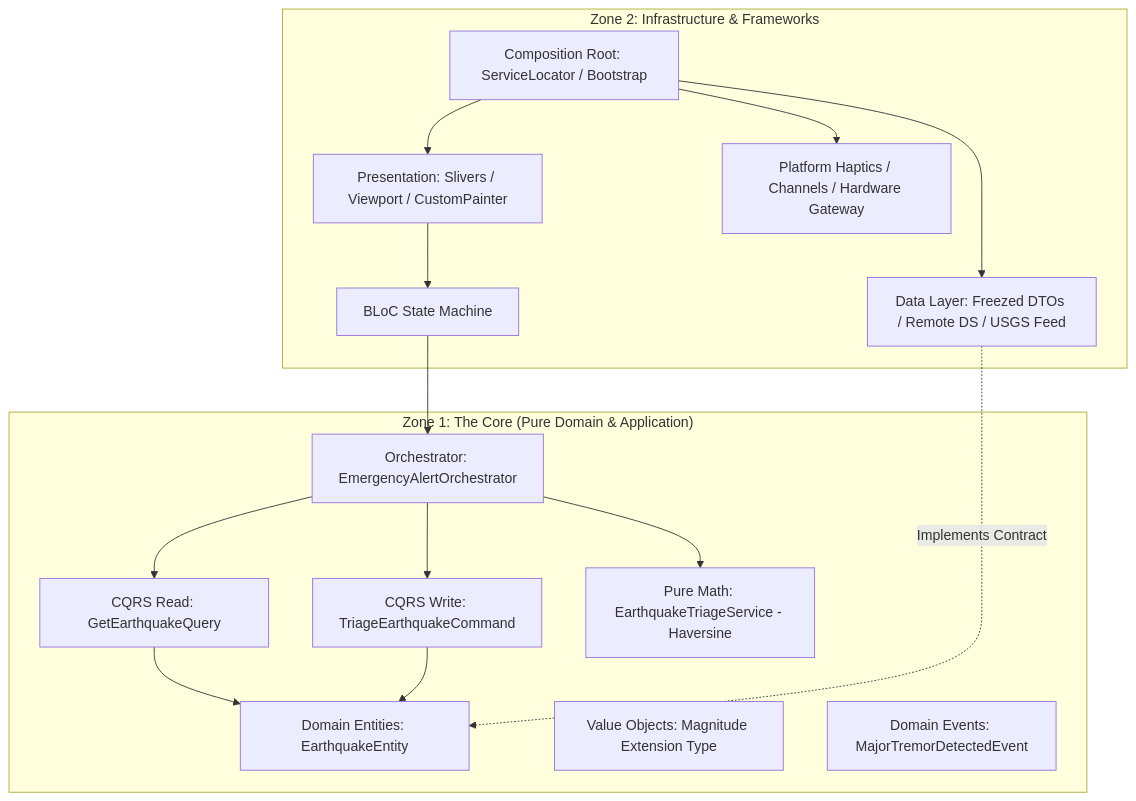
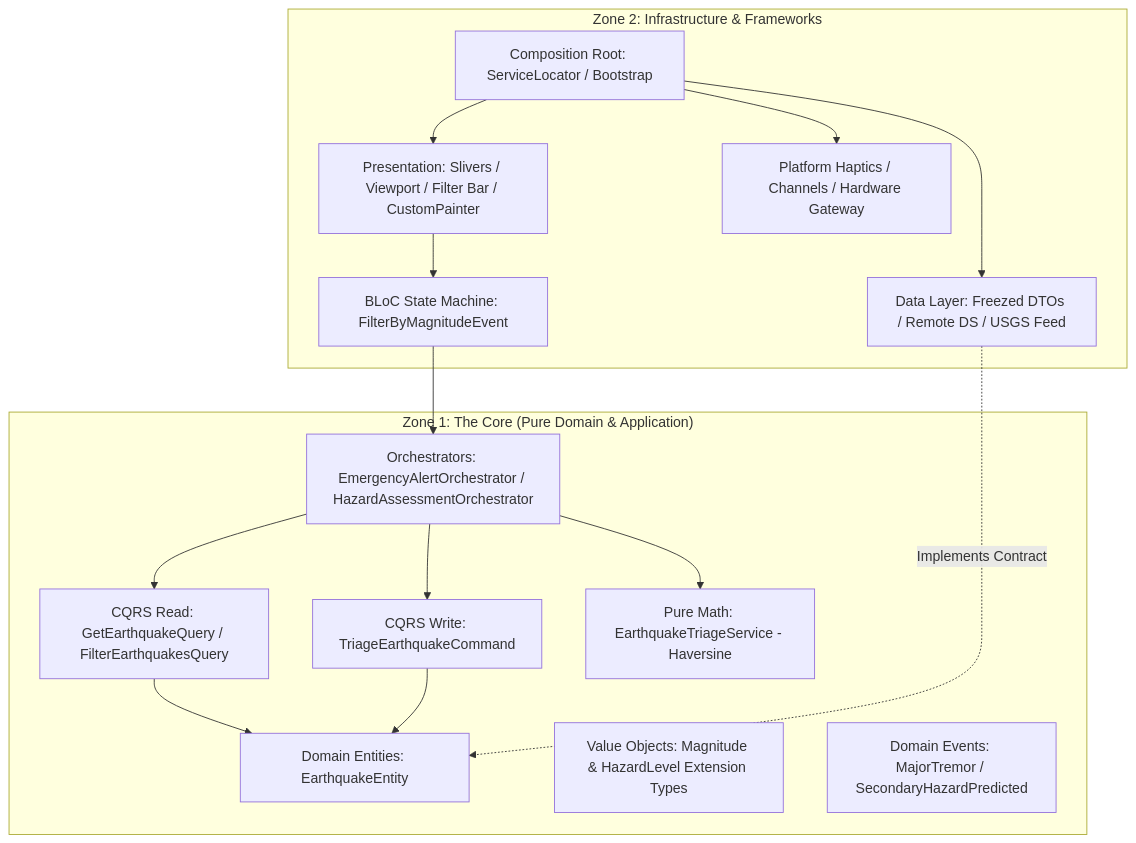
The diagram in ReadMe.md (DevangML/tremor), drawn with Mermaid before and after one commit. The commit also changed other lines of this file and 21 other files, not shown here.

````diff
--- a/ReadMe.md
+++ b/ReadMe.md
@@ -19,32 +19,32 @@
 ```mermaid
 graph TD
     subgraph "Zone 2: Infrastructure & Frameworks"
-        UI[Presentation: Slivers / Viewport / CustomPainter]
-        BLOC[BLoC State Machine]
+        UI[Presentation: Slivers / Viewport / Filter Bar / CustomPainter]
+        BLOC[BLoC State Machine: FilterByMagnitudeEvent]
         DATA[Data Layer: Freezed DTOs / Remote DS / USGS Feed]
         HARDWARE[Platform Haptics / Channels / Hardware Gateway]
         DI[Composition Root: ServiceLocator / Bootstrap]
     end
 
     subgraph "Zone 1: The Core (Pure Domain & Application)"
-        CQRS_R[CQRS Read: GetEarthquakeQuery]
+        CQRS_R[CQRS Read: GetEarthquakeQuery / FilterEarthquakesQuery]
         CQRS_W[CQRS Write: TriageEarthquakeCommand]
-        SAGA[Orchestrator: EmergencyAlertOrchestrator]
+        SAGA[Orchestrators: EmergencyAlertOrchestrator / HazardAssessmentOrchestrator]
         ENTITIES[Domain Entities: EarthquakeEntity]
-        VO[Value Objects: Magnitude Extension Type]
+        VO[Value Objects: Magnitude & HazardLevel Extension Types]
         SERVICES[Pure Math: EarthquakeTriageService - Haversine]
-        EVENTS[Domain Events: MajorTremorDetectedEvent]
+        EVENTS[Domain Events: MajorTremor / SecondaryHazardPredicted]
     end
 
     UI --> BLOC
     BLOC --> SAGA
     SAGA --> CQRS_R
     SAGA --> CQRS_W
     SAGA --> SERVICES
     CQRS_R --> ENTITIES
     CQRS_W --> ENTITIES
     DATA -.->|Implements Contract| ENTITIES
     DI --> UI
     DI --> DATA
     DI --> HARDWARE
 ```
````
